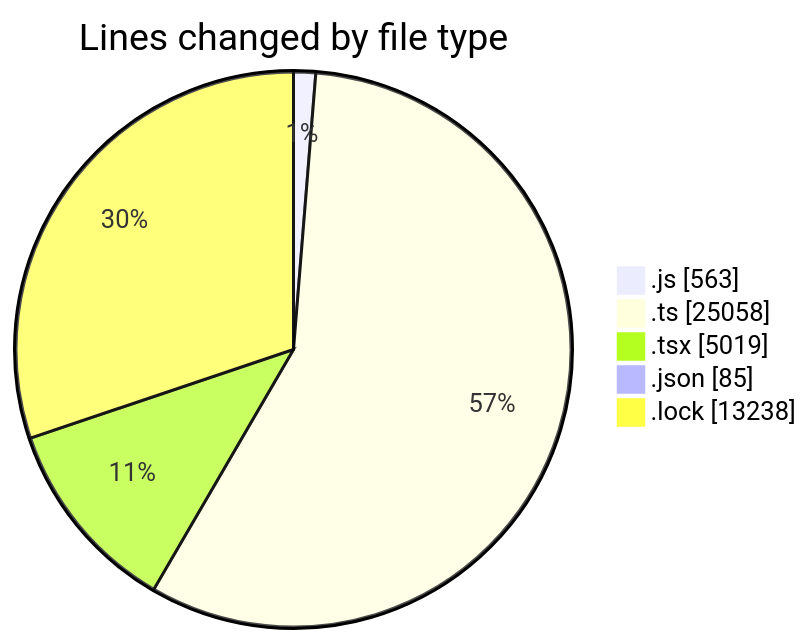
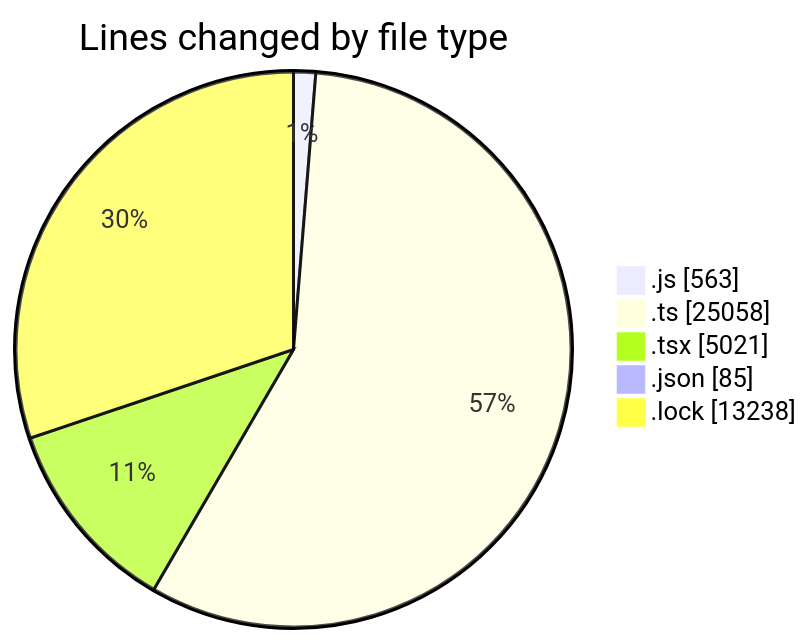
The first of 2 diagrams in 2025-11-14/cda/README.md (momahboobian/code-tracking), drawn with Mermaid before and after one commit. The commit also changed other lines of this file and 1 other file, not shown here.

````diff
--- a/2025-11-14/cda/README.md
+++ b/2025-11-14/cda/README.md
@@ -45,9 +45,9 @@
 ```mermaid
 pie showData
 title Lines changed by file type
 ".js" : 563
 ".ts" : 25058
-".tsx" : 5019
+".tsx" : 5021
 ".json" : 85
 ".lock" : 13238
 ```
````
